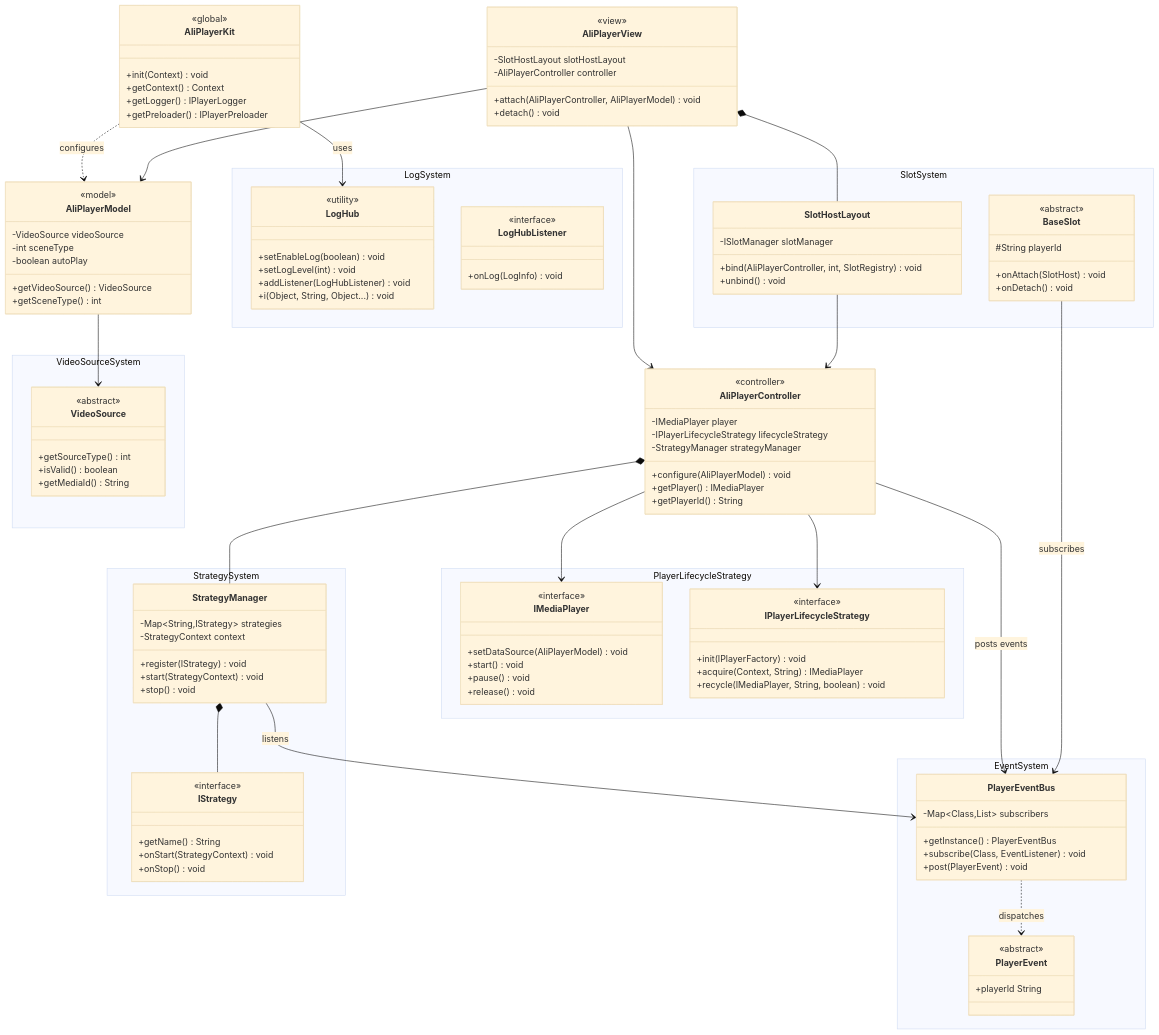
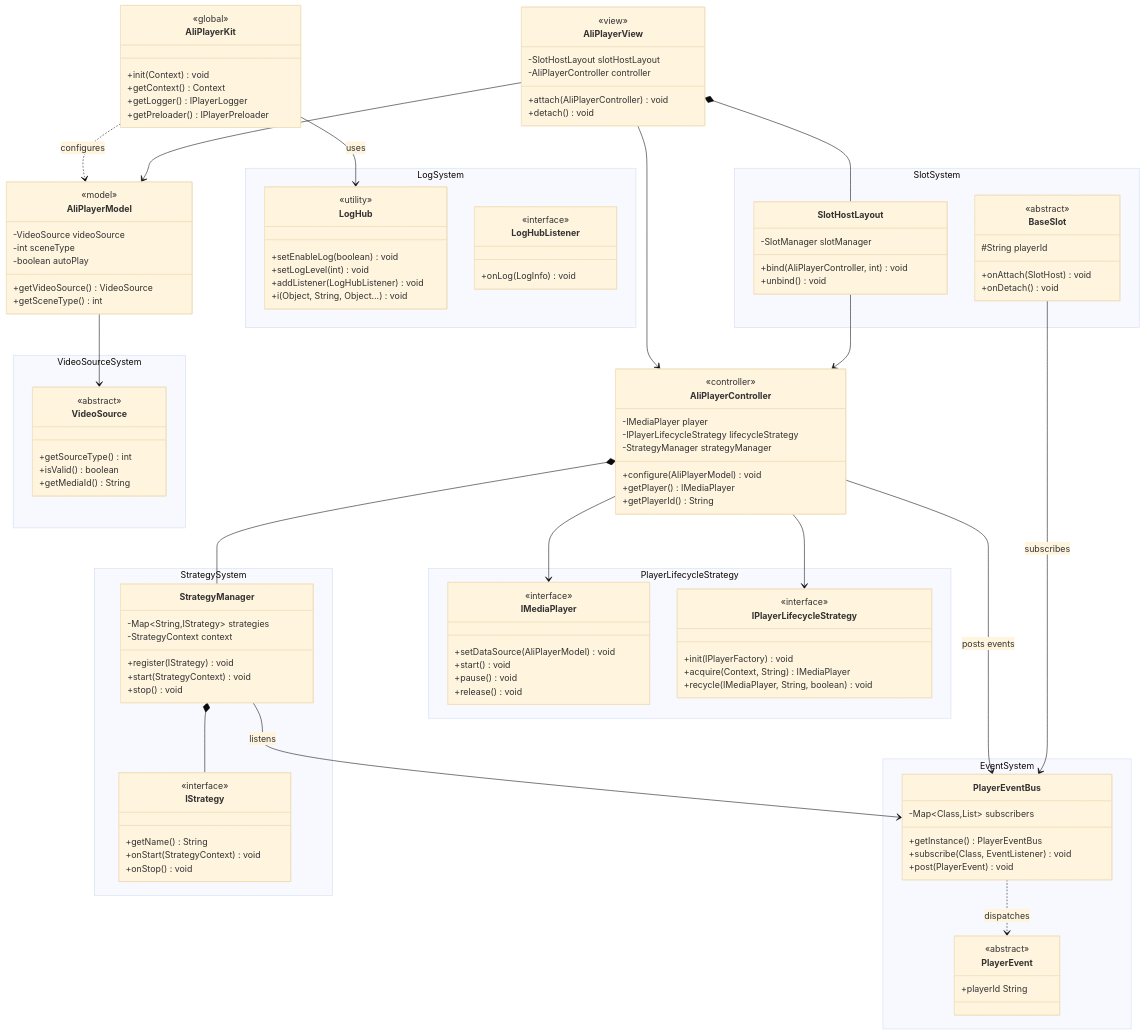
Before and after one commit to aliyun/PlayerKit-Android: the diagram in docs/CoreFeatures.md, drawn with Mermaid (base theme). The commit also changed other lines of this file and 180 other files, not shown here.

```diff
--- a/docs/CoreFeatures.md
+++ b/docs/CoreFeatures.md
@@ -100,7 +100,7 @@
         <<view>>
         -SlotHostLayout slotHostLayout
         -AliPlayerController controller
-        +attach(AliPlayerController, AliPlayerModel) void
+        +attach(AliPlayerController) void
         +detach() void
     }
 
@@ -128,8 +128,8 @@
     %% =========================
     namespace SlotSystem {
         class SlotHostLayout {
-            -ISlotManager slotManager
-            +bind(AliPlayerController, int, SlotRegistry) void
+            -SlotManager slotManager
+            +bind(AliPlayerController, int) void
             +unbind() void
         }
 
```
